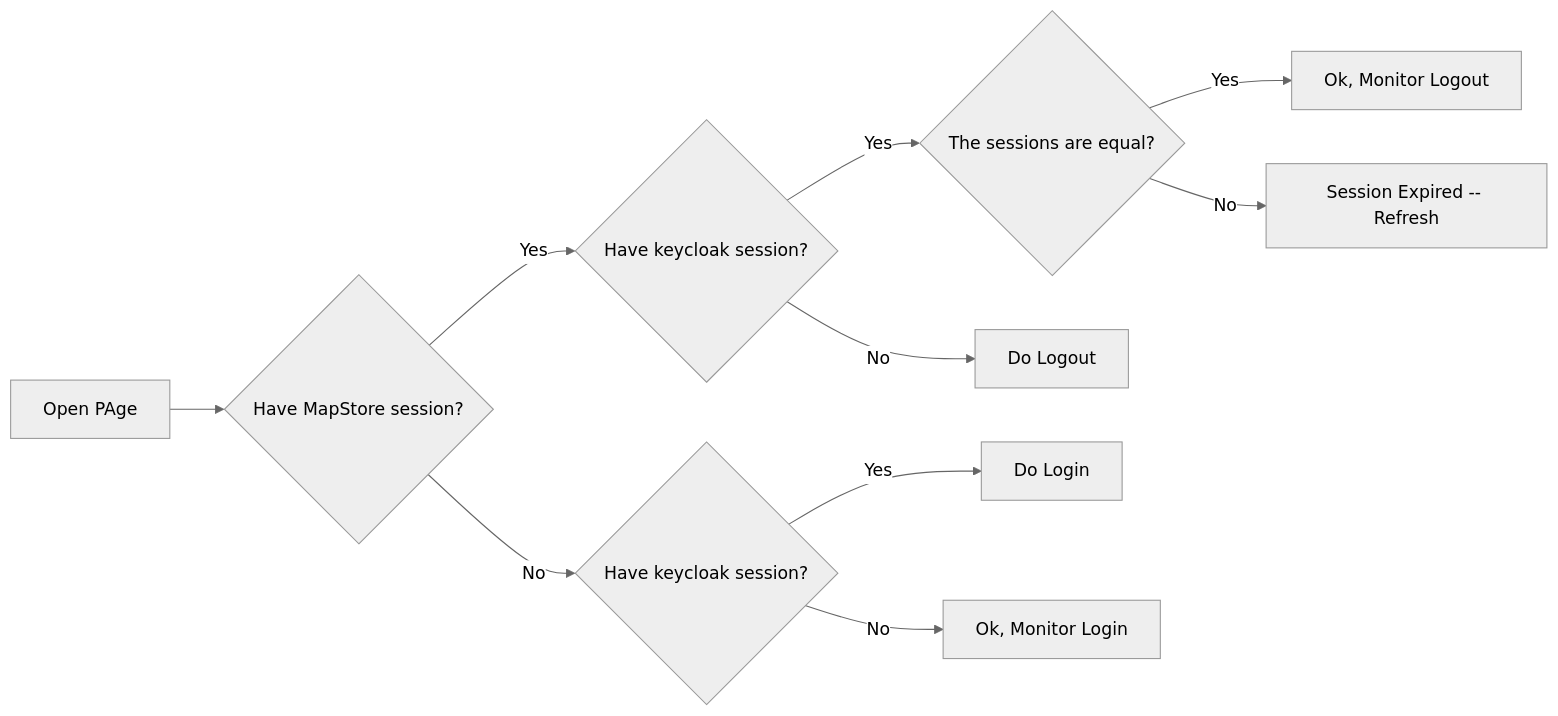
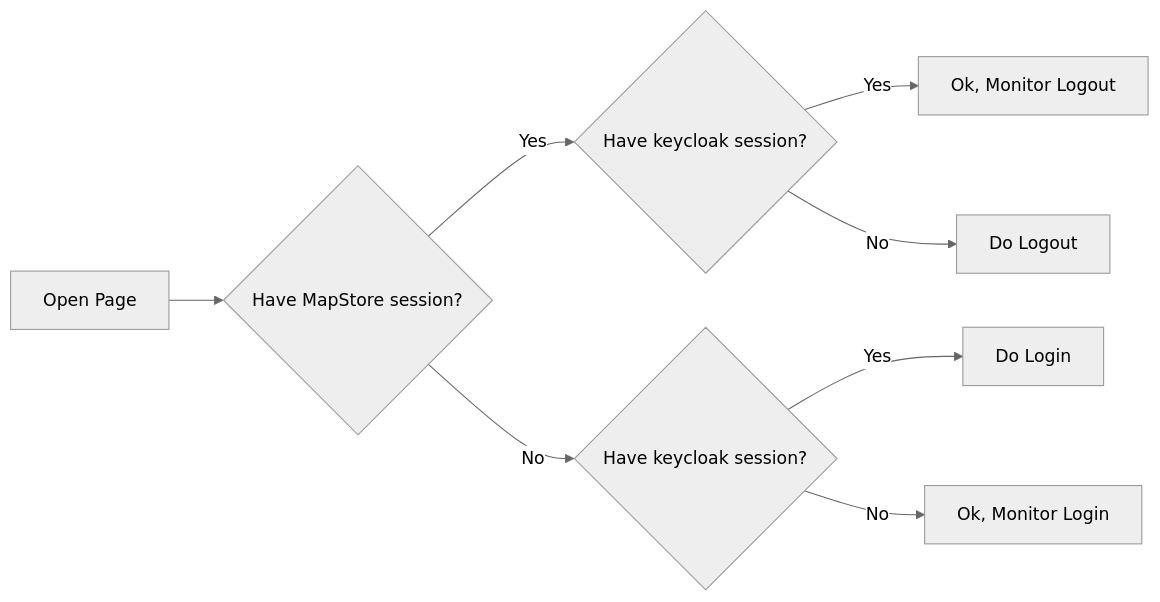
One commit to geosolutions-it/MapStore2 changed the first of 4 diagrams in docs/developer-guide/integrations/sso/keycloak-impl.md. Above: the diagram before and after it, drawn with Mermaid (neutral theme). The commit also changed other lines of this file, not shown here.

````diff
--- a/docs/developer-guide/integrations/sso/keycloak-impl.md
+++ b/docs/developer-guide/integrations/sso/keycloak-impl.md
@@ -7,12 +9,10 @@
 ```mermaid
 graph LR
-    A[Open PAge]-->B{Have MapStore session?};
+    A[Open Page]-->B{Have MapStore session?};
     B -- Yes --> C{Have keycloak session?}
     B -- No --> D{Have keycloak session?}
-    C -- Yes --> E{The sessions are equal?}
+    C -- Yes --> G[Ok, Monitor Logout]
     C -- No --> F[Do Logout]
-    E -- Yes --> G[Ok, Monitor Logout]
-    E -- No --> H[Session Expired -- Refresh]
     D -- Yes -->J[Do Login]
     D -- No --> K[Ok, Monitor Login]
 ```
````
